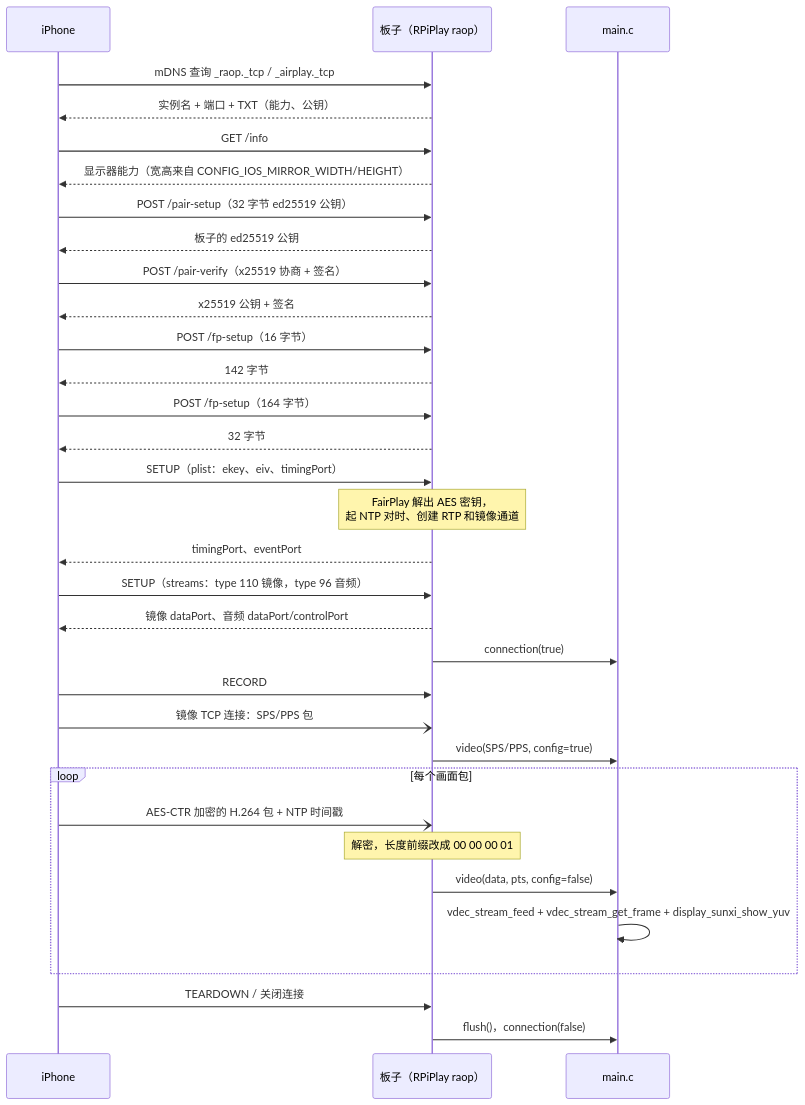
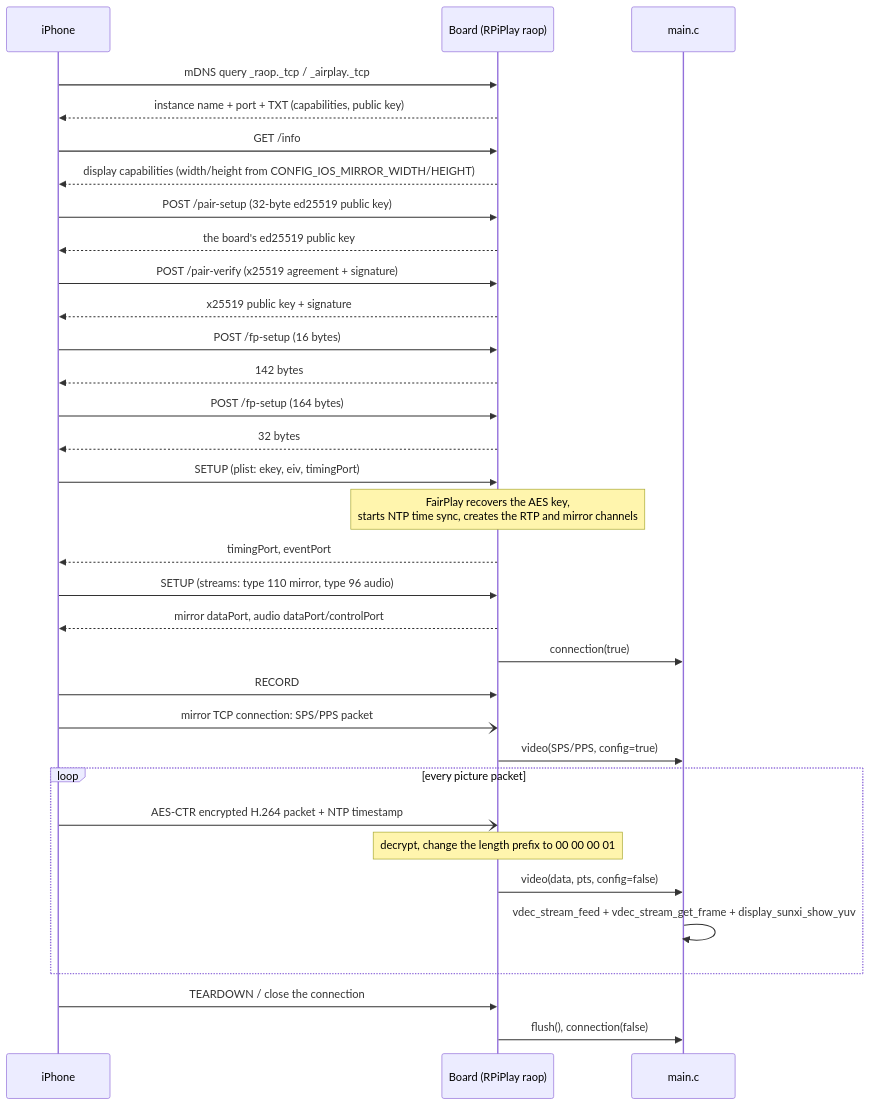
The second of 3 diagrams in docs/src/content/docs/dev/zephyr/apps/ios-mirror.md (YuzukiHD/YuzukiNeko), drawn with Mermaid before and after one commit. The commit also changed other lines of this file and 216 other files, not shown here.

````diff
--- a/docs/src/content/docs/dev/zephyr/apps/ios-mirror.md
+++ b/docs/src/content/docs/dev/zephyr/apps/ios-mirror.md
@@ -172,36 +172,36 @@
 ```mermaid
 sequenceDiagram
     participant P as iPhone
-    participant B as 板子（RPiPlay raop）
+    participant B as Board (RPiPlay raop)
     participant A as main.c
 
-    P->>B: mDNS 查询 _raop._tcp / _airplay._tcp
-    B-->>P: 实例名 + 端口 + TXT（能力、公钥）
+    P->>B: mDNS query _raop._tcp / _airplay._tcp
+    B-->>P: instance name + port + TXT (capabilities, public key)
     P->>B: GET /info
-    B-->>P: 显示器能力（宽高来自 CONFIG_IOS_MIRROR_WIDTH/HEIGHT）
-    P->>B: POST /pair-setup（32 字节 ed25519 公钥）
-    B-->>P: 板子的 ed25519 公钥
-    P->>B: POST /pair-verify（x25519 协商 + 签名）
-    B-->>P: x25519 公钥 + 签名
-    P->>B: POST /fp-setup（16 字节）
-    B-->>P: 142 字节
-    P->>B: POST /fp-setup（164 字节）
-    B-->>P: 32 字节
-    P->>B: SETUP（plist：ekey、eiv、timingPort）
-    Note over B: FairPlay 解出 AES 密钥，<br/>起 NTP 对时、创建 RTP 和镜像通道
-    B-->>P: timingPort、eventPort
-    P->>B: SETUP（streams：type 110 镜像，type 96 音频）
-    B-->>P: 镜像 dataPort、音频 dataPort/controlPort
+    B-->>P: display capabilities (width/height from CONFIG_IOS_MIRROR_WIDTH/HEIGHT)
+    P->>B: POST /pair-setup (32-byte ed25519 public key)
+    B-->>P: the board's ed25519 public key
+    P->>B: POST /pair-verify (x25519 agreement + signature)
+    B-->>P: x25519 public key + signature
+    P->>B: POST /fp-setup (16 bytes)
+    B-->>P: 142 bytes
+    P->>B: POST /fp-setup (164 bytes)
+    B-->>P: 32 bytes
+    P->>B: SETUP (plist: ekey, eiv, timingPort)
+    Note over B: FairPlay recovers the AES key,<br/>starts NTP time sync, creates the RTP and mirror channels
+    B-->>P: timingPort, eventPort
+    P->>B: SETUP (streams: type 110 mirror, type 96 audio)
+    B-->>P: mirror dataPort, audio dataPort/controlPort
     B->>A: connection(true)
     P->>B: RECORD
-    P-)B: 镜像 TCP 连接：SPS/PPS 包
+    P-)B: mirror TCP connection: SPS/PPS packet
     B->>A: video(SPS/PPS, config=true)
-    loop 每个画面包
-        P-)B: AES-CTR 加密的 H.264 包 + NTP 时间戳
-        Note over B: 解密，长度前缀改成 00 00 00 01
+    loop every picture packet
+        P-)B: AES-CTR encrypted H.264 packet + NTP timestamp
+        Note over B: decrypt, change the length prefix to 00 00 00 01
         B->>A: video(data, pts, config=false)
         A->>A: vdec_stream_feed + vdec_stream_get_frame + display_sunxi_show_yuv
     end
-    P->>B: TEARDOWN / 关闭连接
-    B->>A: flush()，connection(false)
+    P->>B: TEARDOWN / close the connection
+    B->>A: flush(), connection(false)
 ```
````
